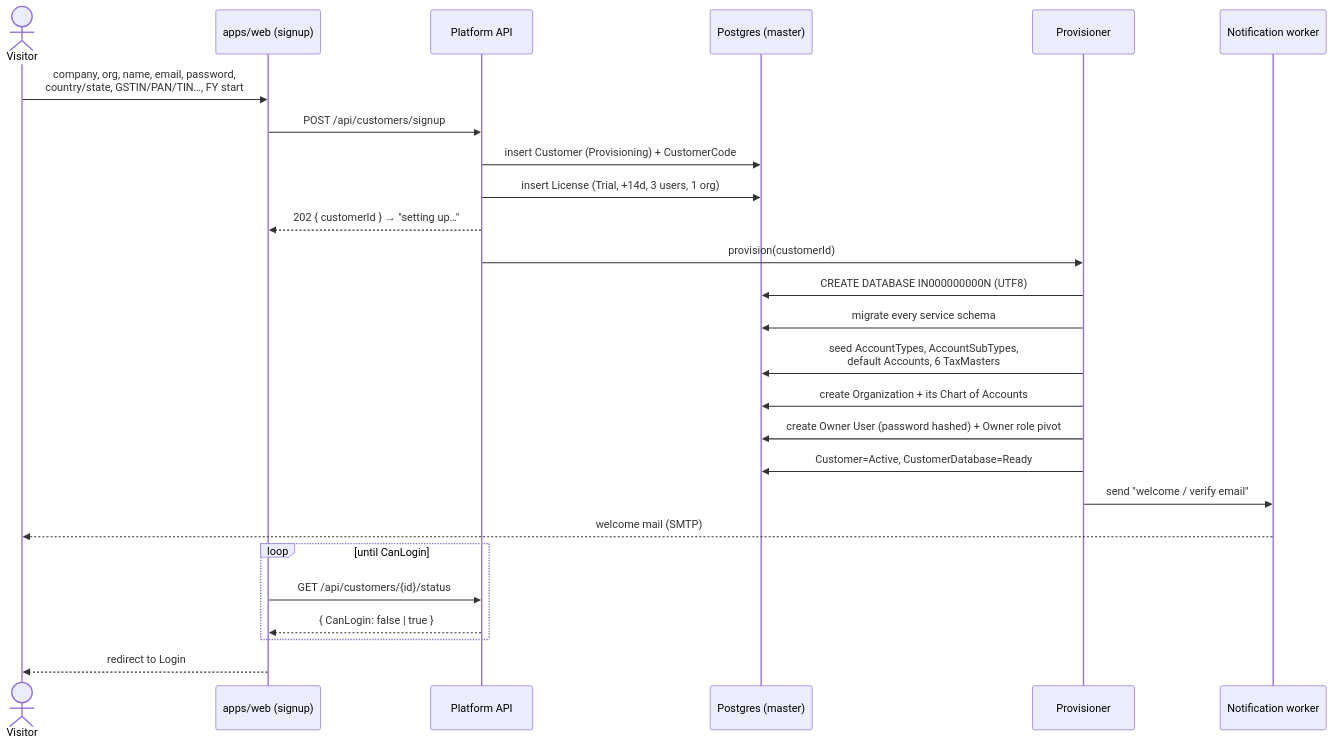
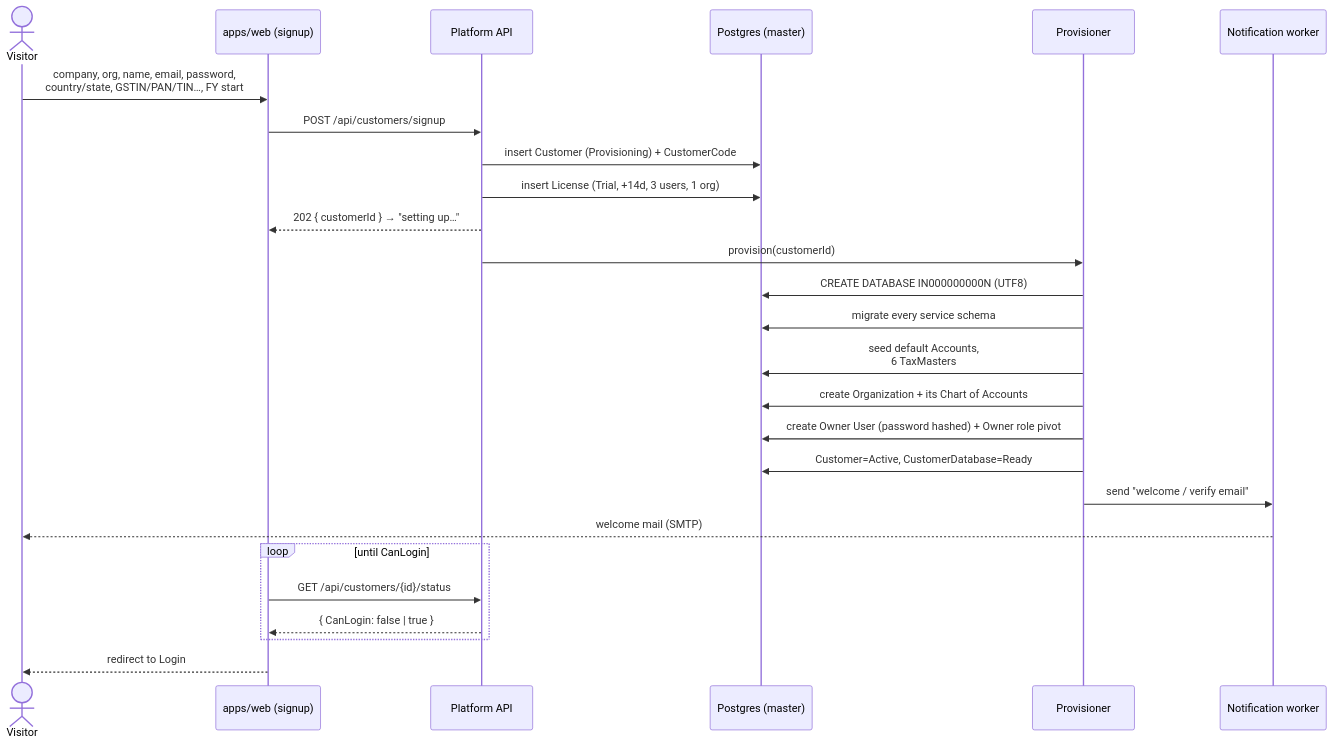
One commit to jothi-prabaharan/Bill-Book changed the first of 5 diagrams in SPEC.md. Above: the diagram before and after it, drawn with Mermaid. The commit also changed other lines of this file and 20 other files, not shown here.

````diff
--- a/SPEC.md
+++ b/SPEC.md
@@ -1061,29 +1075,29 @@
 ```mermaid
 sequenceDiagram
     actor U as Visitor
     participant W as apps/web (signup)
     participant P as Platform API
     participant DB as Postgres (master)
     participant PV as Provisioner
     participant N as Notification worker
 
     U->>W: company, org, name, email, password,<br/>country/state, GSTIN/PAN/TIN…, FY start
     W->>P: POST /api/customers/signup
     P->>DB: insert Customer (Provisioning) + CustomerCode
     P->>DB: insert License (Trial, +14d, 3 users, 1 org)
     P-->>W: 202 { customerId }  → "setting up…"
     P->>PV: provision(customerId)
     PV->>DB: CREATE DATABASE IN000000000N (UTF8)
     PV->>DB: migrate every service schema
-    PV->>DB: seed AccountTypes, AccountSubTypes,<br/>default Accounts, 6 TaxMasters
+    PV->>DB: seed default Accounts,<br/>6 TaxMasters
     PV->>DB: create Organization + its Chart of Accounts
     PV->>DB: create Owner User (password hashed) + Owner role pivot
     PV->>DB: Customer=Active, CustomerDatabase=Ready
     PV->>N: send "welcome / verify email"
     N-->>U: welcome mail (SMTP)
     loop until CanLogin
         W->>P: GET /api/customers/{id}/status
         P-->>W: { CanLogin: false | true }
     end
     W-->>U: redirect to Login
 ```
````
